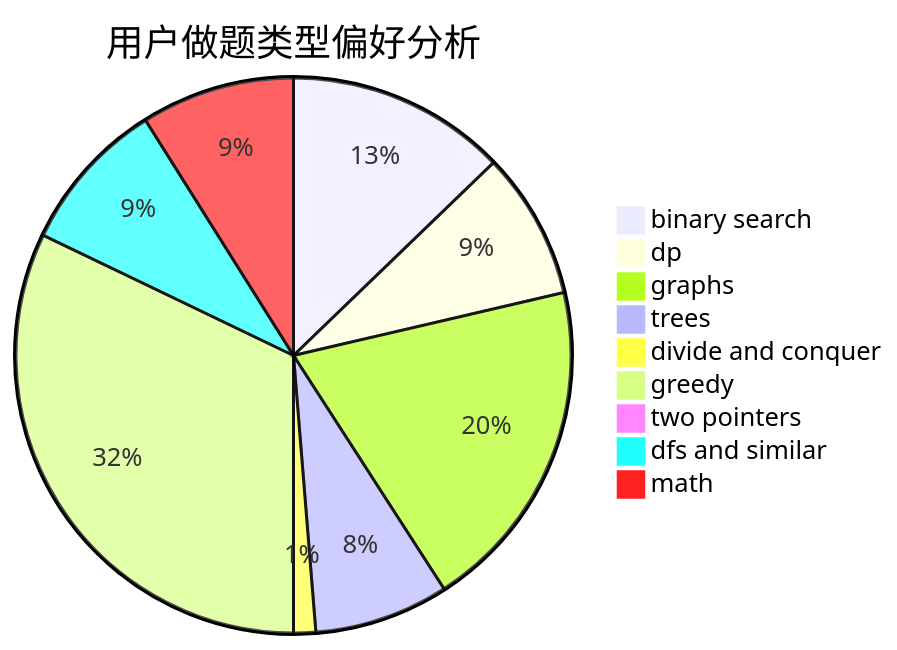
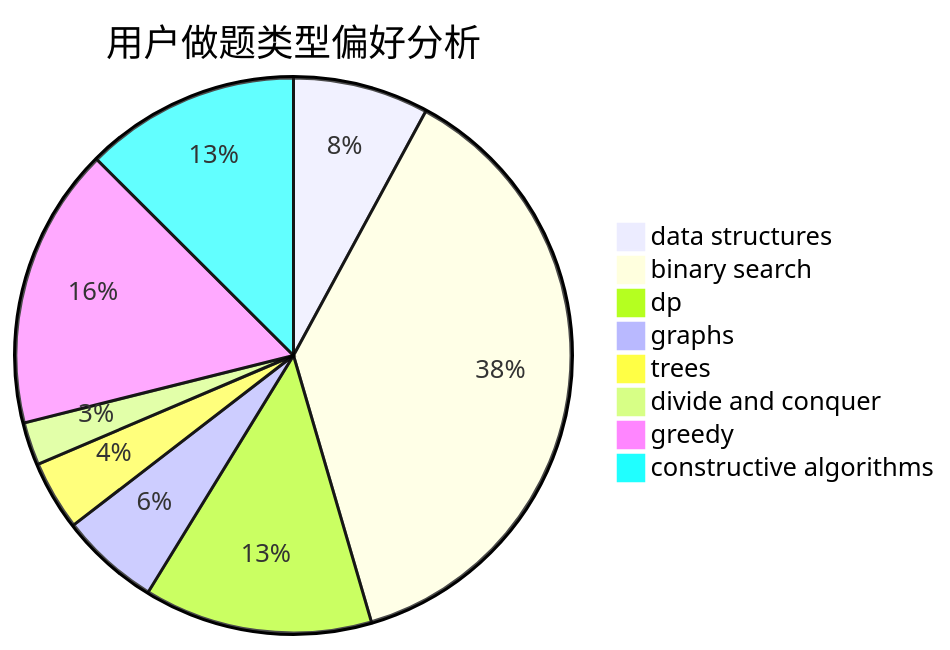
Before and after one commit to sherpahu/cfrs.github.io: the second of 3 diagrams in docs/user/u1822.md, drawn with Mermaid. The commit also changed other lines of this file and 2775 other files, not shown here.

````diff
--- a/docs/user/u1822.md
+++ b/docs/user/u1822.md
@@ -23,12 +23,11 @@
 ```mermaid
 pie title 用户做题类型偏好分析
-    "binary search" :  209
-    "dp" :  140
-    "graphs" :  319
-    "trees" :  128
-    "divide and conquer" :  21
-    "greedy" :  525
-    "two pointers" :  0
-    "dfs and similar" :  146
-    "math" :  146
+    "data structures" :  41
+    "binary search" :  195
+    "dp" :  69
+    "graphs" :  30
+    "trees" :  21
+    "divide and conquer" :  13
+    "greedy" :  85
+    "constructive algorithms" :  65
 ```
````
